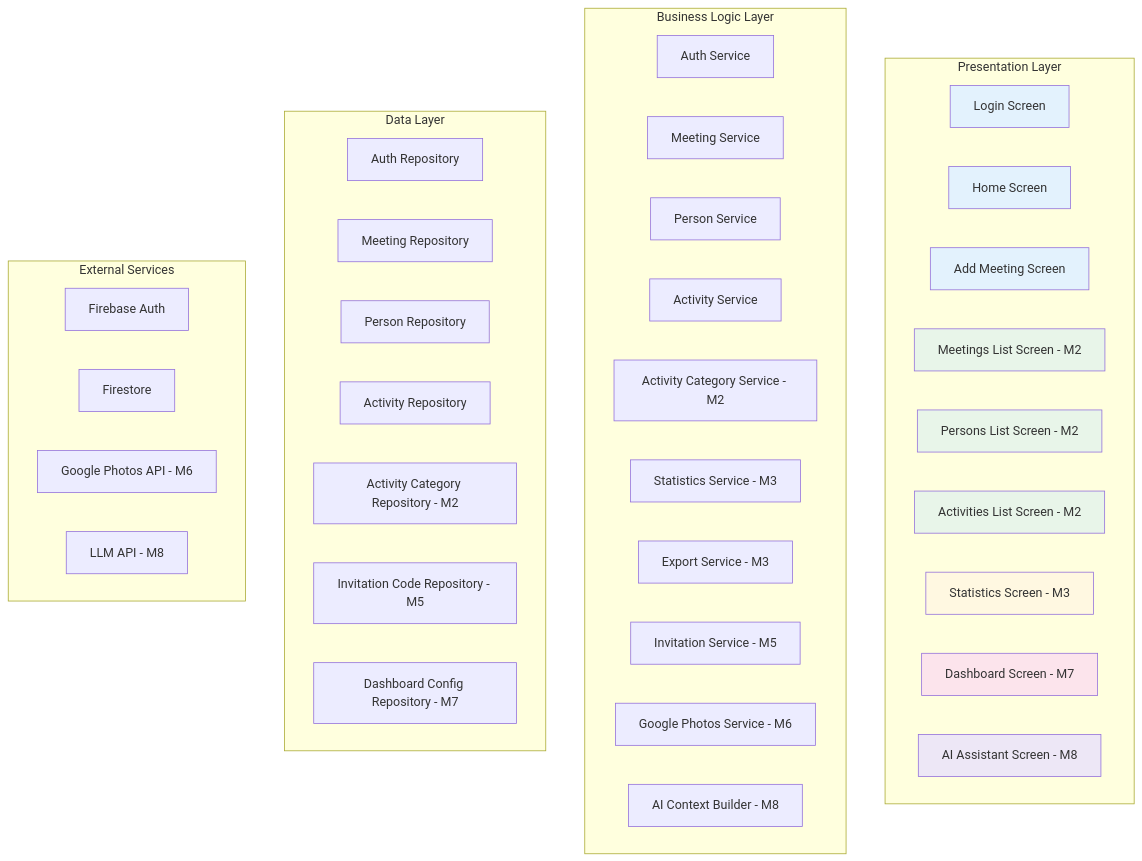
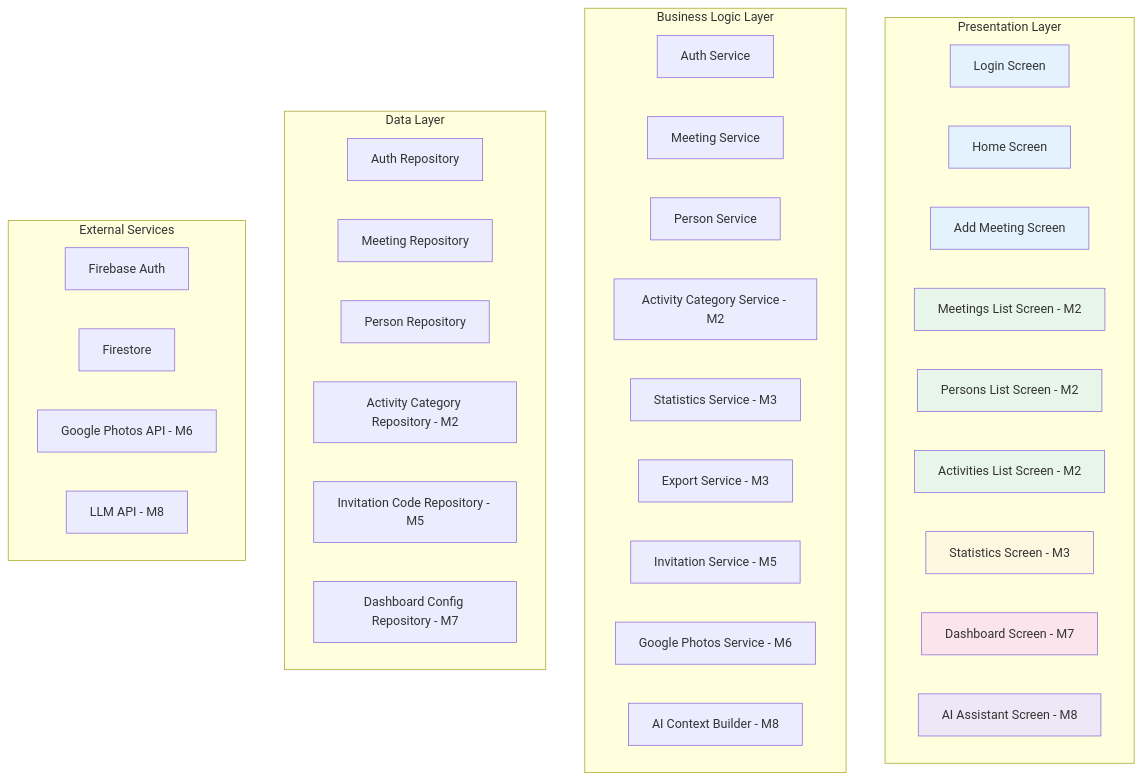
Before and after one commit to aleksanderginalski/Friendsheet-App: the third of 5 diagrams in docs/architecture.md, drawn with Mermaid. The commit also changed other lines of this file and 5 other files, not shown here.

First line of the commit message:
docs: sync architecture, requirements and code snippets with M2 implementation

````diff
--- a/docs/architecture.md
+++ b/docs/architecture.md
@@ -128,54 +121,52 @@
 ```mermaid
 graph TB
     subgraph "Presentation Layer"
         A1[Login Screen]
         A2[Home Screen]
         A3[Add Meeting Screen]
         A4[Meetings List Screen - M2]
         A5[Persons List Screen - M2]
         A6[Activities List Screen - M2]
         A7[Statistics Screen - M3]
         A8[Dashboard Screen - M7]
         A9[AI Assistant Screen - M8]
     end
     
     subgraph "Business Logic Layer"
         B1[Auth Service]
         B2[Meeting Service]
         B3[Person Service]
-        B4[Activity Service]
-        B5[Activity Category Service - M2]
-        B6[Statistics Service - M3]
-        B7[Export Service - M3]
-        B8[Invitation Service - M5]
-        B9[Google Photos Service - M6]
-        B10[AI Context Builder - M8]
+        B4[Activity Category Service - M2]
+        B5[Statistics Service - M3]
+        B6[Export Service - M3]
+        B7[Invitation Service - M5]
+        B8[Google Photos Service - M6]
+        B9[AI Context Builder - M8]
     end
     
     subgraph "Data Layer"
         C1[Auth Repository]
         C2[Meeting Repository]
         C3[Person Repository]
-        C4[Activity Repository]
-        C5[Activity Category Repository - M2]
-        C6[Invitation Code Repository - M5]
-        C7[Dashboard Config Repository - M7]
+        C4[Activity Category Repository - M2]
+        C5[Invitation Code Repository - M5]
+        C6[Dashboard Config Repository - M7]
     end
     
     subgraph "External Services"
         D1[Firebase Auth]
         D2[Firestore]
         D3[Google Photos API - M6]
         D4[LLM API - M8]
     end
     
     style A1 fill:#E3F2FD
     style A2 fill:#E3F2FD
     style A3 fill:#E3F2FD
     style A4 fill:#E8F5E9
     style A5 fill:#E8F5E9
     style A6 fill:#E8F5E9
     style A7 fill:#FFF8E1
     style A8 fill:#FCE4EC
     style A9 fill:#EDE7F6
 ```
````
